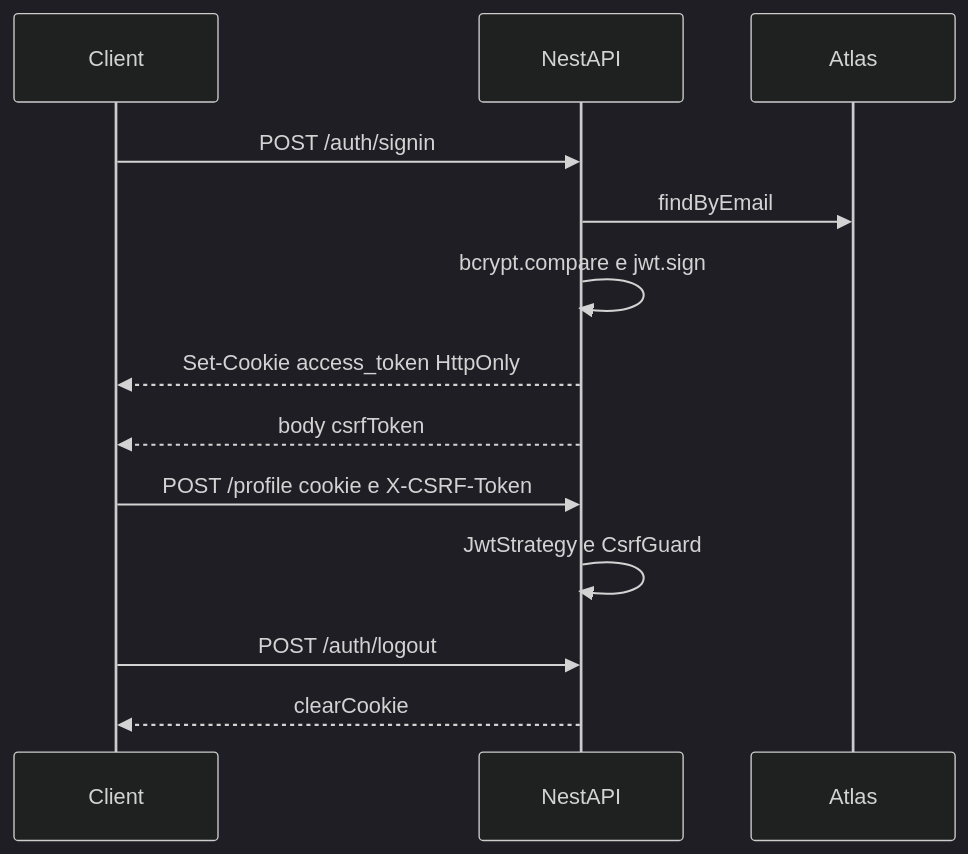
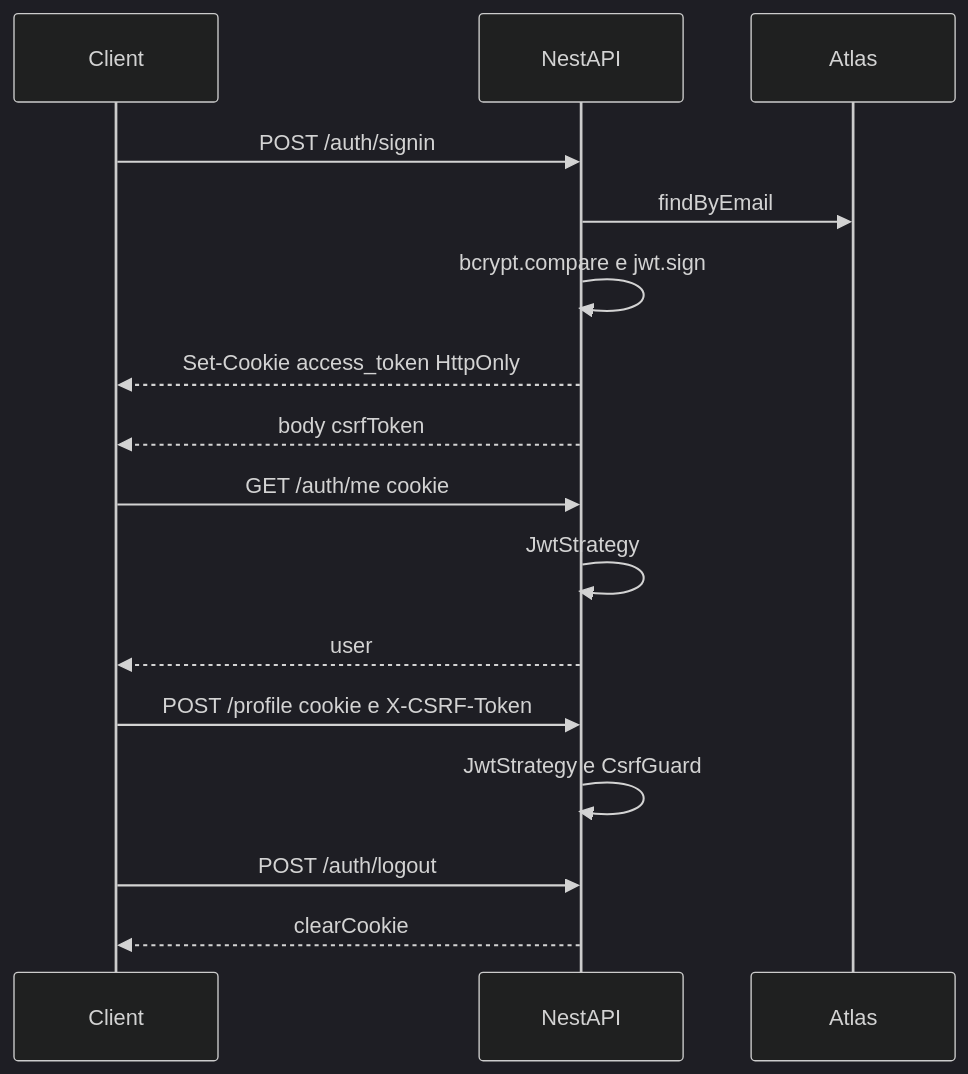
The second of 2 diagrams in ARCHITECTURE.md (ruyfreire/presentation-api), drawn with Mermaid (dark theme) before and after one commit. The commit also changed other lines of this file and 7 other files, not shown here.

First line of the commit message:
feat: implement 'get me' endpoint and enhance authentication flow

````diff
--- a/ARCHITECTURE.md
+++ b/ARCHITECTURE.md
@@ -18,16 +18,19 @@
 ```mermaid
 sequenceDiagram
   participant Client
   participant API as NestAPI
   participant DB as Atlas
 
   Client->>API: POST /auth/signin
   API->>DB: findByEmail
   API->>API: bcrypt.compare e jwt.sign
   API-->>Client: Set-Cookie access_token HttpOnly
   API-->>Client: body csrfToken
+  Client->>API: GET /auth/me cookie
+  API->>API: JwtStrategy
+  API-->>Client: user
   Client->>API: POST /profile cookie e X-CSRF-Token
   API->>API: JwtStrategy e CsrfGuard
   Client->>API: POST /auth/logout
   API-->>Client: clearCookie
 ```
````
